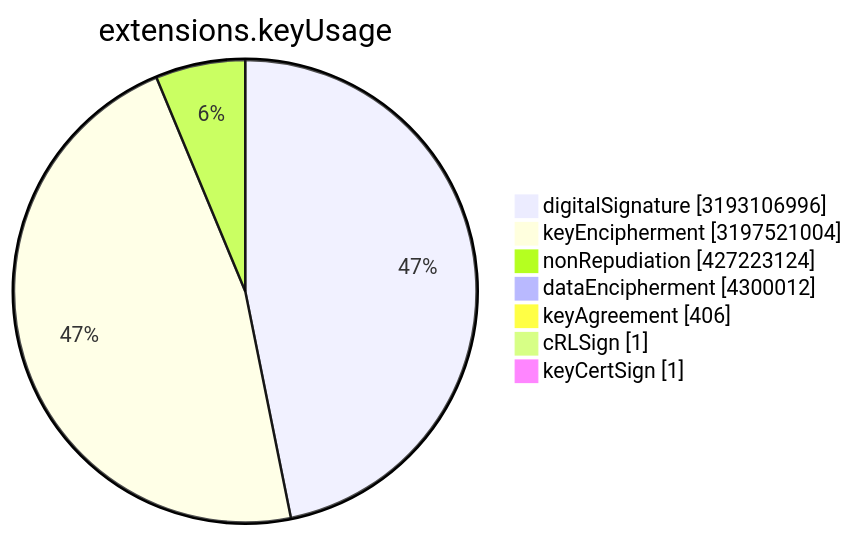
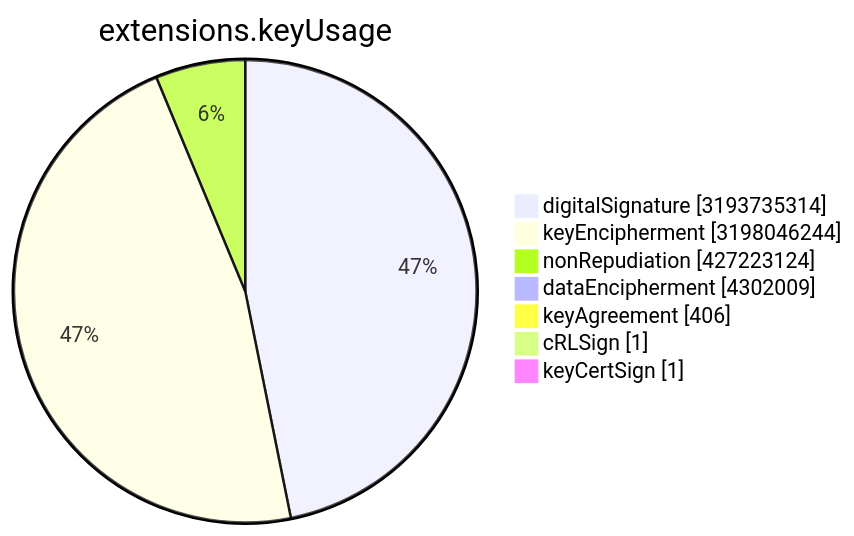
The sixth of 15 diagrams in TOTAL/README.md (christiankrug/ctmonitor_visualization), drawn with Mermaid before and after one commit. The commit also changed other lines of this file, not shown here.

````diff
--- a/TOTAL/README.md
+++ b/TOTAL/README.md
@@ -3077,11 +3077,11 @@
 ```mermaid
 pie showData
 title extensions.keyUsage
-"digitalSignature" :3193106996
-"keyEncipherment" :3197521004
+"digitalSignature" :3193735314
+"keyEncipherment" :3198046244
 "nonRepudiation" :427223124
-"dataEncipherment" :4300012
+"dataEncipherment" :4302009
 "keyAgreement" :406
 "cRLSign" :1
 "keyCertSign" :1
 ```
````
